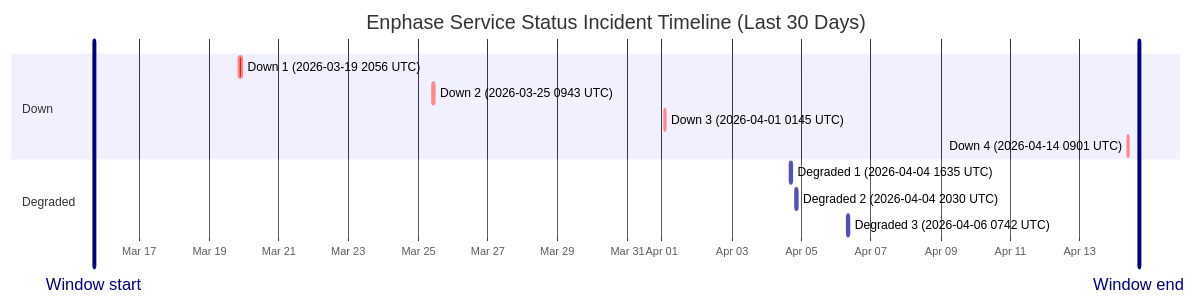
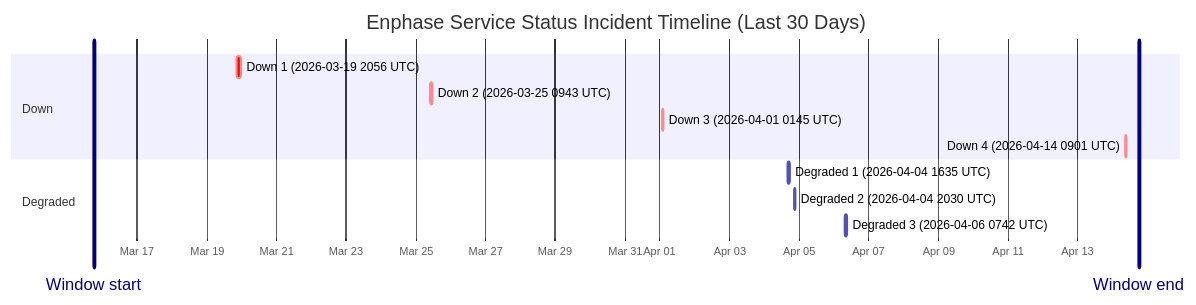
Before and after one commit to barneyonline/ha-enphase-ev-charger: the diagram in wiki/Service-Status-History.md, drawn with Mermaid. The commit also changed other lines of this file and 3 other files, not shown here.

````diff
--- a/wiki/Service-Status-History.md
+++ b/wiki/Service-Status-History.md
@@ -14,17 +14,17 @@
 ```mermaid
 gantt
     title Enphase Service Status Incident Timeline (Last 30 Days)
     dateFormat  YYYY-MM-DDTHH:mm:ss
     axisFormat  %b %d
-    Window start :vert, window-start, 2026-03-15T16:40:09, 0ms
-    Window end :vert, window-end, 2026-04-14T16:40:09, 0ms
+    Window start :vert, window-start, 2026-03-15T18:03:56, 0ms
+    Window end :vert, window-end, 2026-04-14T18:03:56, 0ms
     section Down
     Down 1 (2026-03-19 2056 UTC) :crit, down-1, 2026-03-19T20:56:20, 145m
     Down 2 (2026-03-25 0943 UTC) :crit, down-2, 2026-03-25T09:43:28, 111m
     Down 3 (2026-04-01 0145 UTC) :crit, down-3, 2026-04-01T01:45:09, 60m
     Down 4 (2026-04-14 0901 UTC) :crit, down-4, 2026-04-14T09:01:13, 60m
     section Degraded
     Degraded 1 (2026-04-04 1635 UTC) :active, degraded-1, 2026-04-04T16:35:17, 60m
     Degraded 2 (2026-04-04 2030 UTC) :active, degraded-2, 2026-04-04T20:30:40, 60m
     Degraded 3 (2026-04-06 0742 UTC) :active, degraded-3, 2026-04-06T07:42:09, 85m
 ```
````
